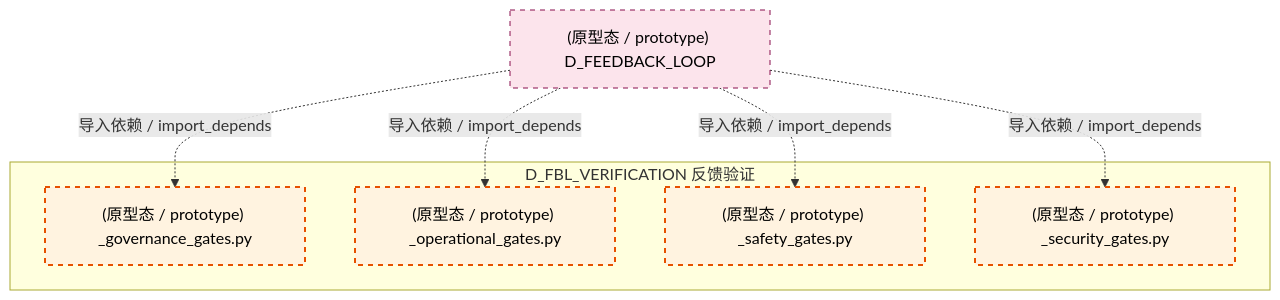
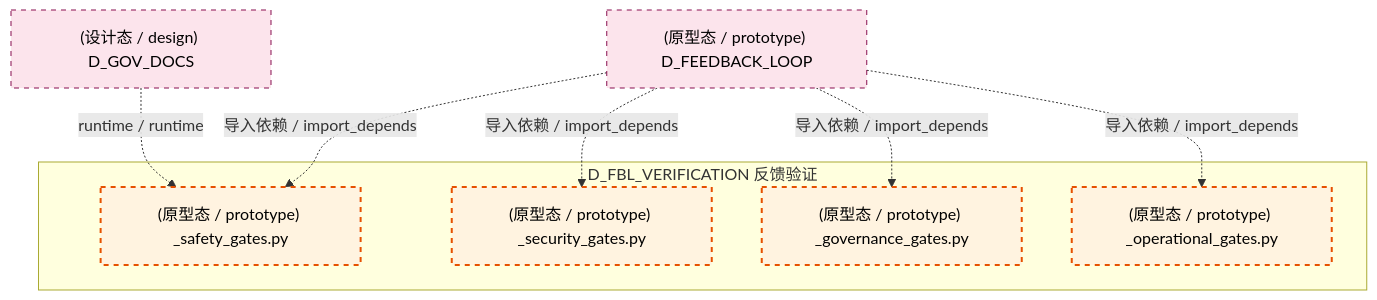
The fifth of 6 diagrams in docs/02_enterprise_architecture/02_domain_architecture_docs/13_d_fbl_verification.md (xuanFelixVan/ZephyrAlpha), drawn with Mermaid before and after one commit. The commit also changed other lines of this file and 89 other files, not shown here.

````diff
--- a/docs/02_enterprise_architecture/02_domain_architecture_docs/13_d_fbl_verification.md
+++ b/docs/02_enterprise_architecture/02_domain_architecture_docs/13_d_fbl_verification.md
@@ -417,20 +420,22 @@
 ```mermaid
 graph TD
     subgraph D_FBL_VERIFICATION["D_FBL_VERIFICATION 反馈验证"]
         src_zephyr_feedback_loop_gates_governance_gates_py["(原型态 / prototype) _governance_gates.py"]
         src_zephyr_feedback_loop_gates_operational_gates_py["(原型态 / prototype) _operational_gates.py"]
         src_zephyr_feedback_loop_gates_safety_gates_py["(原型态 / prototype) _safety_gates.py"]
         src_zephyr_feedback_loop_gates_security_gates_py["(原型态 / prototype) _security_gates.py"]
     end
+    D_GOV_DOCS["(设计态 / design) D_GOV_DOCS"]
+    D_GOV_DOCS -.->|runtime / runtime| src_zephyr_feedback_loop_gates_safety_gates_py
     D_FEEDBACK_LOOP["(原型态 / prototype) D_FEEDBACK_LOOP"]
     D_FEEDBACK_LOOP -.->|导入依赖 / import_depends| src_zephyr_feedback_loop_gates_safety_gates_py
     D_FEEDBACK_LOOP -.->|导入依赖 / import_depends| src_zephyr_feedback_loop_gates_security_gates_py
     D_FEEDBACK_LOOP -.->|导入依赖 / import_depends| src_zephyr_feedback_loop_gates_governance_gates_py
     D_FEEDBACK_LOOP -.->|导入依赖 / import_depends| src_zephyr_feedback_loop_gates_operational_gates_py
     classDef production fill:#e1f5fe,stroke:#01579b,stroke-width:2px,color:#000
     classDef design fill:#fff3e0,stroke:#e65100,stroke-width:2px,color:#000,stroke-dasharray: 5 5
     classDef external_prod fill:#e8f5e9,stroke:#1b5e20,stroke-width:1px,color:#000
     classDef external_design fill:#fce4ec,stroke:#880e4f,stroke-width:1px,color:#000,stroke-dasharray: 5 5
     class src_zephyr_feedback_loop_gates_governance_gates_py,src_zephyr_feedback_loop_gates_operational_gates_py,src_zephyr_feedback_loop_gates_safety_gates_py,src_zephyr_feedback_loop_gates_security_gates_py design
-    class D_FEEDBACK_LOOP external_design
+    class D_GOV_DOCS,D_FEEDBACK_LOOP external_design
 ```
````
